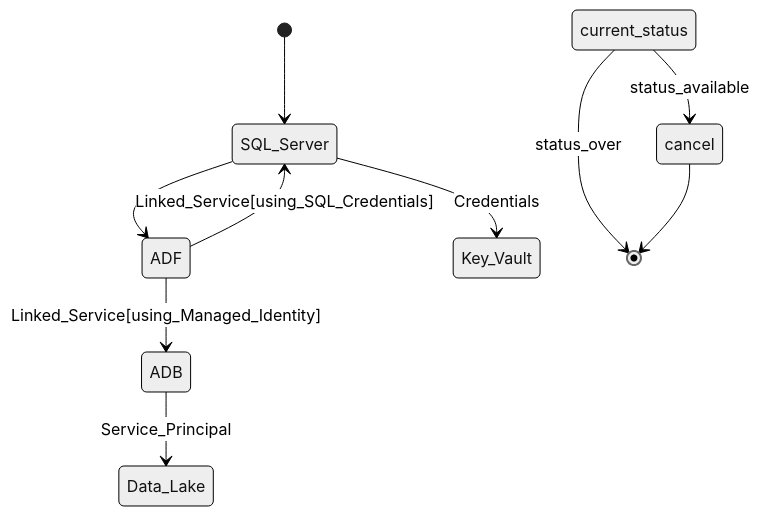
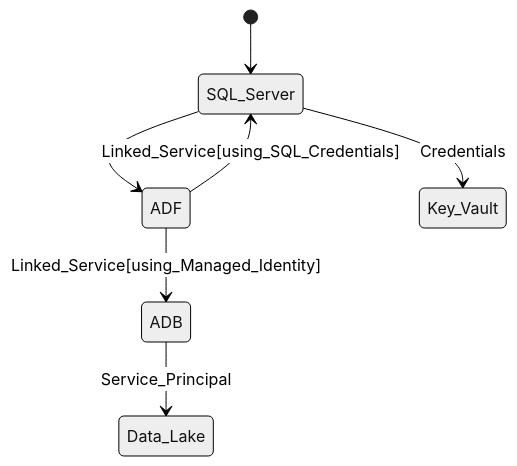
Before and after one commit to vijganji99/strada-DE-Infra: the diagram in README.md, drawn with Mermaid (neutral theme).

````diff
--- a/README.md
+++ b/README.md
@@ -16,12 +16,9 @@
 ```mermaid
 stateDiagram-v2
     [*] --> SQL_Server
     SQL_Server --> ADF
     SQL_Server --> Key_Vault:Credentials 
     ADF --> SQL_Server:Linked_Service[using_SQL_Credentials]
     ADF --> ADB:Linked_Service[using_Managed_Identity]
     ADB --> Data_Lake:Service_Principal
-    current_status --> cancel: status_available
-    current_status --> [*]: status_over
-    cancel --> [*]
 ```
````
